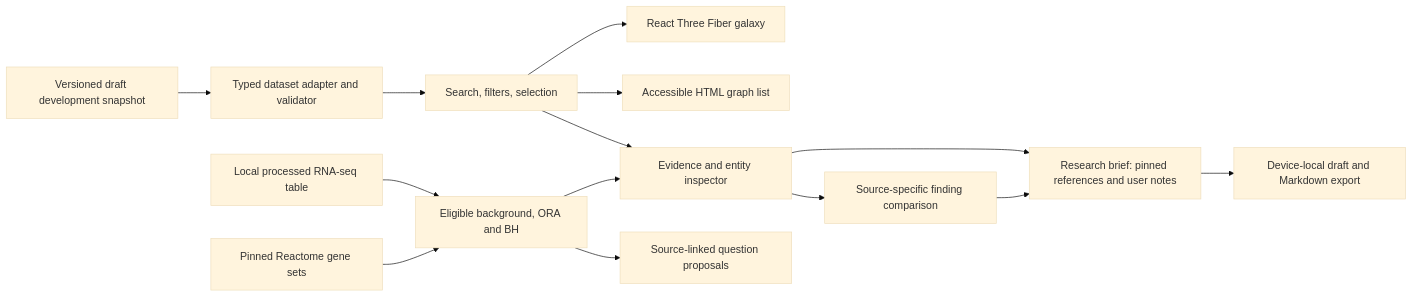
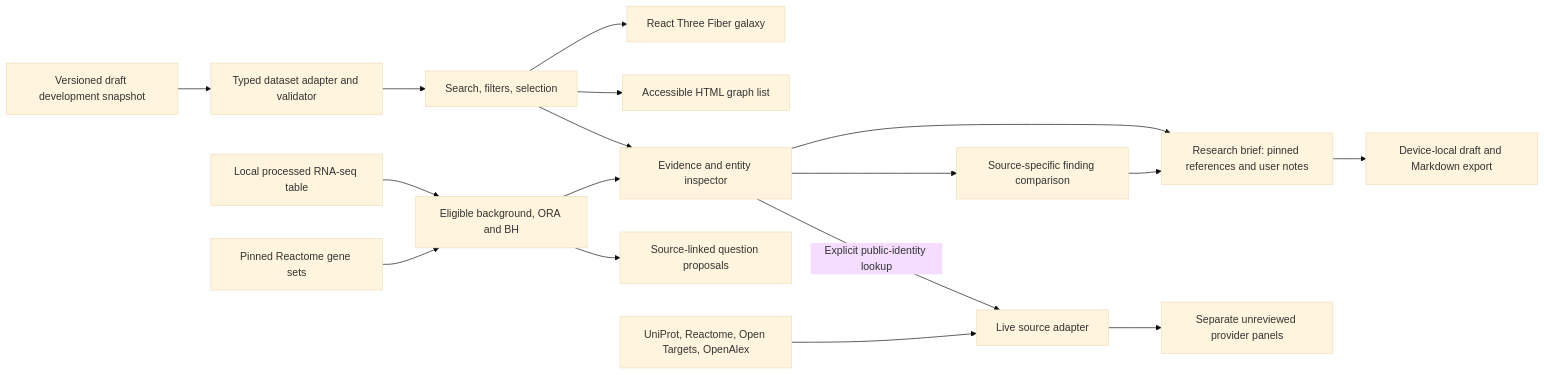
The first of 2 diagrams in docs/architecture.md (Enerep/discover-galaxy), drawn with Mermaid (base theme) before and after one commit. The commit also changed other lines of this file and 22 other files, not shown here.

Commit message:
Add explicit live source lookup for APOE and ABCA1

````diff
--- a/docs/architecture.md
+++ b/docs/architecture.md
@@ -17,16 +17,19 @@
 ```mermaid
 flowchart LR
     Snapshot[Versioned draft development snapshot] --> Adapter[Typed dataset adapter and validator]
     Adapter --> State[Search, filters, selection]
     State --> Galaxy[React Three Fiber galaxy]
     State --> List[Accessible HTML graph list]
     State --> Inspector[Evidence and entity inspector]
     Inspector --> Comparison[Source-specific finding comparison]
     Inspector --> Brief[Research brief: pinned references and user notes]
     Comparison --> Brief
     Brief --> Local[Device-local draft and Markdown export]
     Input[Local processed RNA-seq table] --> Analysis[Eligible background, ORA and BH]
     Reference[Pinned Reactome gene sets] --> Analysis
     Analysis --> Questions[Source-linked question proposals]
     Analysis --> Inspector
+    Inspector -->|Explicit public-identity lookup| Live[Live source adapter]
+    Providers[UniProt, Reactome, Open Targets, OpenAlex] --> Live
+    Live --> Results[Separate unreviewed provider panels]
 ```
````
